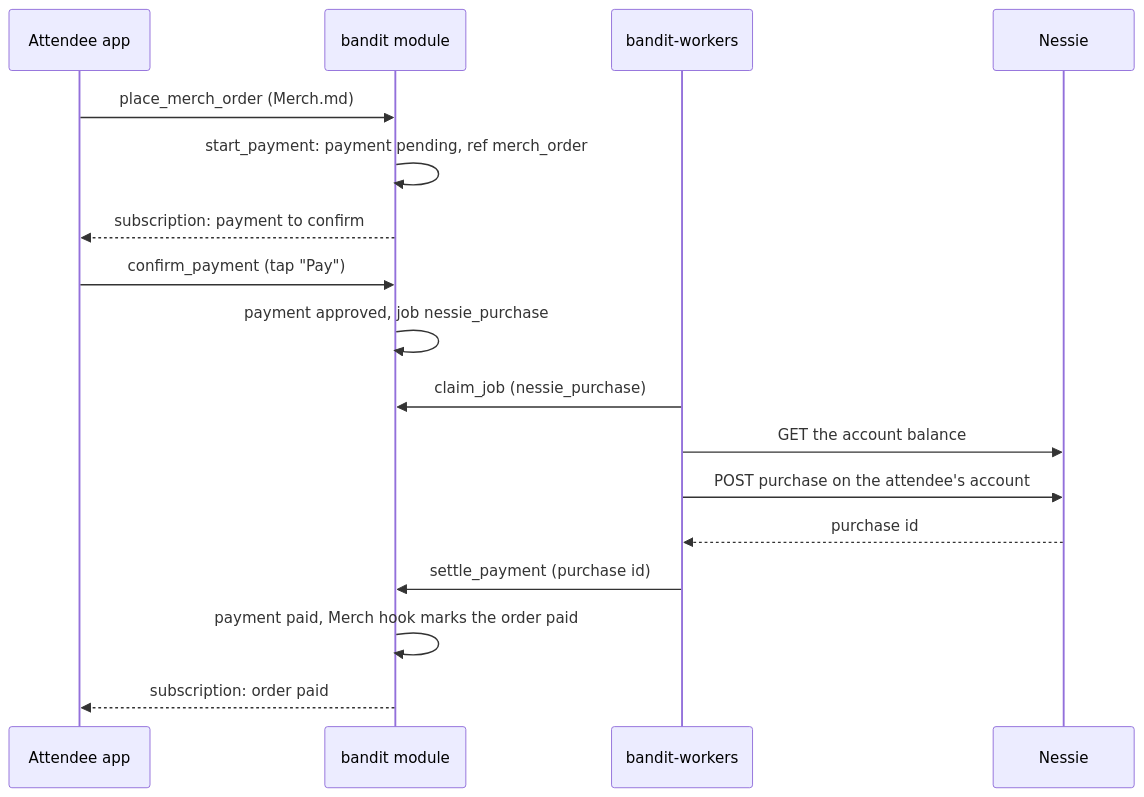
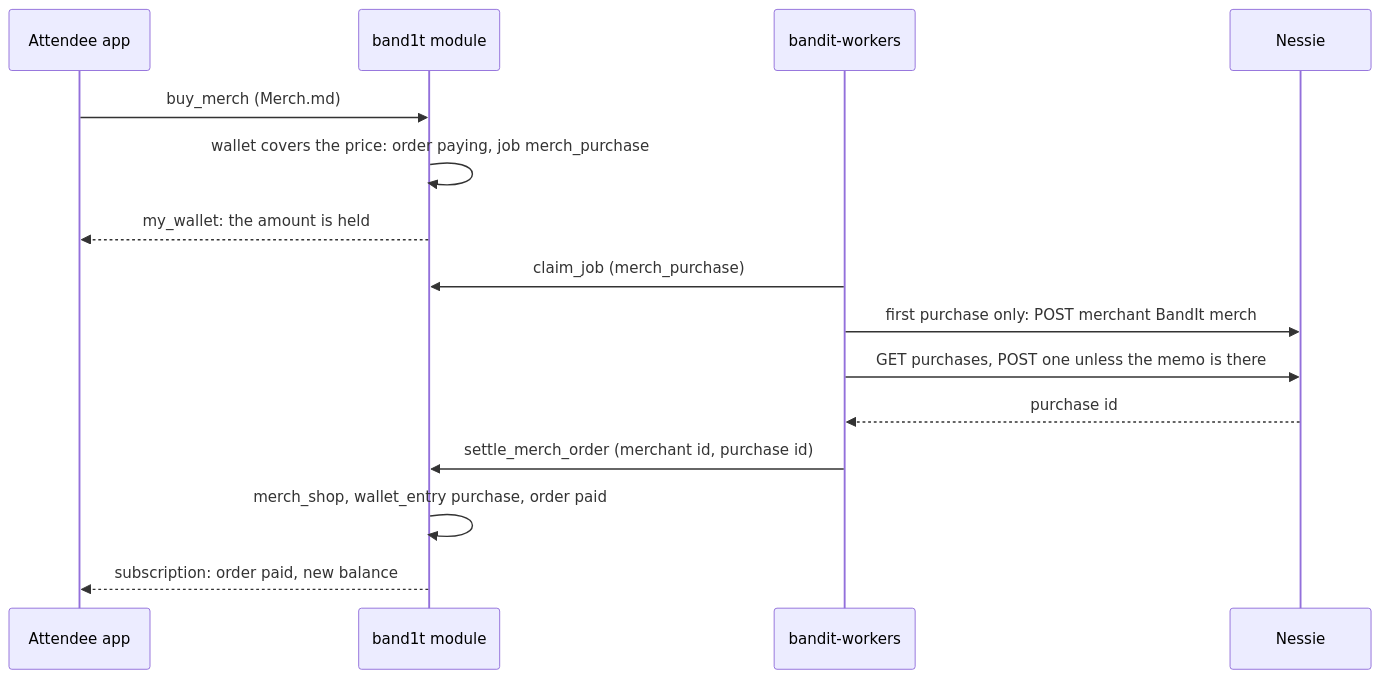
Before and after one commit to viktorinkov/cal-hacks-13: the third of 3 diagrams in System Design/7-integrations/Payments-Nessie.md, drawn with Mermaid. The commit also changed other lines of this file and 21 other files, not shown here.

````diff
--- a/System Design/7-integrations/Payments-Nessie.md
+++ b/System Design/7-integrations/Payments-Nessie.md
@@ -84,19 +118,17 @@
 ```mermaid
 sequenceDiagram
   participant A as Attendee app
-  participant M as bandit module
+  participant M as band1t module
   participant W as bandit-workers
   participant N as Nessie
-  A->>M: place_merch_order (Merch.md)
-  M->>M: start_payment: payment pending, ref merch_order
-  M-->>A: subscription: payment to confirm
-  A->>M: confirm_payment (tap "Pay")
-  M->>M: payment approved, job nessie_purchase
-  W->>M: claim_job (nessie_purchase)
-  W->>N: GET the account balance
-  W->>N: POST purchase on the attendee's account
+  A->>M: buy_merch (Merch.md)
+  M->>M: wallet covers the price: order paying, job merch_purchase
+  M-->>A: my_wallet: the amount is held
+  W->>M: claim_job (merch_purchase)
+  W->>N: first purchase only: POST merchant BandIt merch
+  W->>N: GET purchases, POST one unless the memo is there
   N-->>W: purchase id
-  W->>M: settle_payment (purchase id)
-  M->>M: payment paid, Merch hook marks the order paid
-  M-->>A: subscription: order paid
+  W->>M: settle_merch_order (merchant id, purchase id)
+  M->>M: merch_shop, wallet_entry purchase, order paid
+  M-->>A: subscription: order paid, new balance
 ```
````
